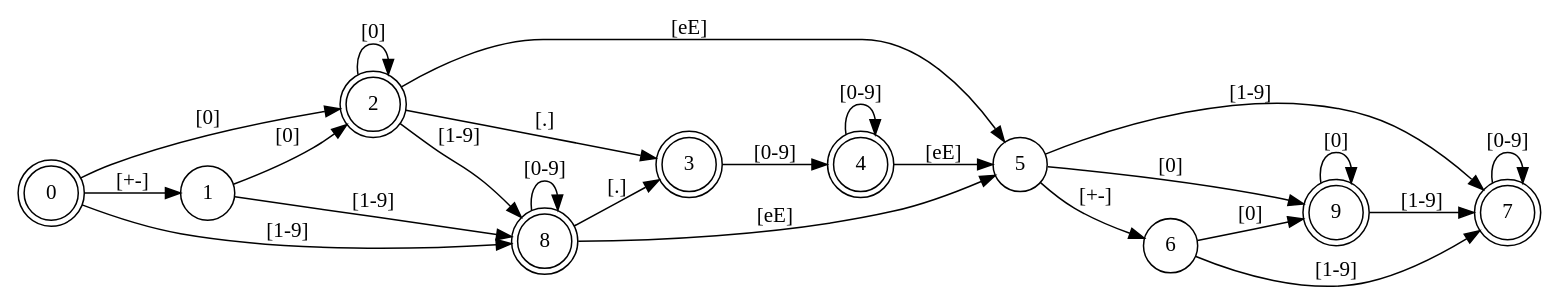
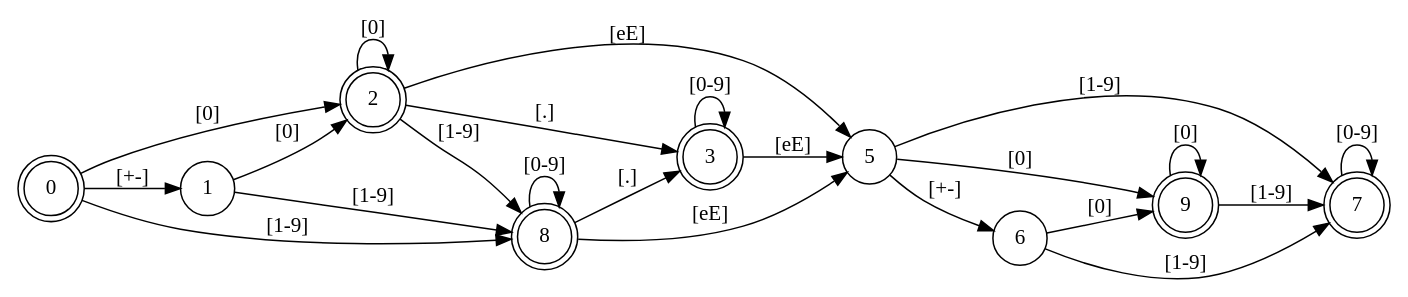
The diagram in sv8tod.dot (rsmith-nl/stringview), drawn with Graphviz before and after one commit. The commit also changed 1 other file, not shown here.

```diff
--- a/sv8tod.dot
+++ b/sv8tod.dot
@@ -1,28 +1,27 @@
 digraph fsm_floating_point {
     rankdir=LR;
-    node [shape=doublecircle]; 0, 2, 3, 4, 7, 8, 9;
+    node [shape=doublecircle]; 0, 2, 3, 7, 8, 9;
     node [shape=circle];
     0 -> 1 [label="[+-]"];
     0 -> 2 [label="[0]"];
     1 -> 2 [label="[0]"];
     2 -> 2 [label="[0]"];
     2 -> 8 [label="[1-9]"];
     0 -> 8 [label="[1-9]"];
     1 -> 8 [label="[1-9]"];
     8 -> 8 [label="[0-9]"];
     2 -> 3 [label="[.]"];
     8 -> 3 [label="[.]"];
-    3 -> 4 [label="[0-9]"];
-    4 -> 4 [label="[0-9]"];
+    3 -> 3 [label="[0-9]"];
     2 -> 5 [label="[eE]"];
-    4 -> 5 [label="[eE]"];
+    3 -> 5 [label="[eE]"];
     8 -> 5 [label="[eE]"];
     5 -> 6 [label="[+-]"];
     5 -> 7 [label="[1-9]"];
     6 -> 7 [label="[1-9]"];
     7 -> 7 [label="[0-9]"];
     5 -> 9 [label="[0]"];
     6 -> 9 [label="[0]"];
     9 -> 7 [label="[1-9]"];
     9 -> 9 [label="[0]"];
 }
```
